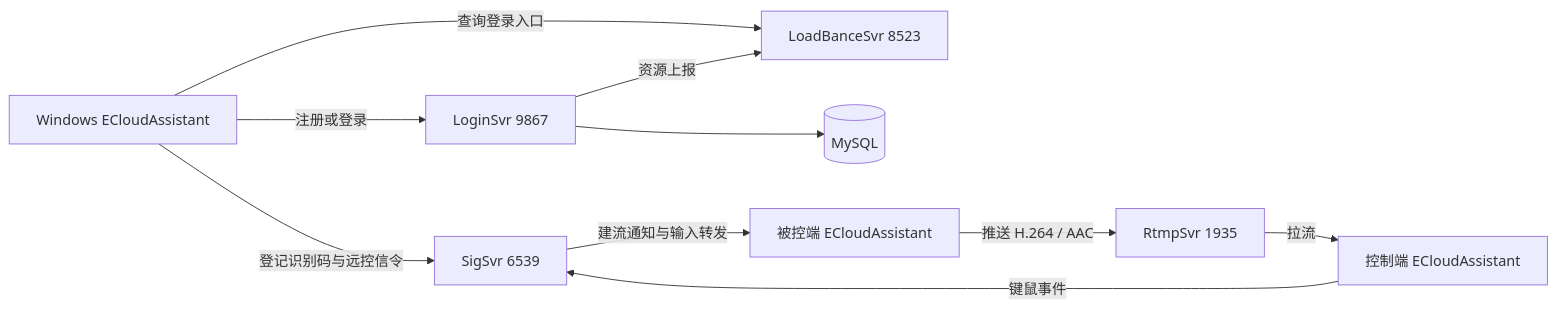
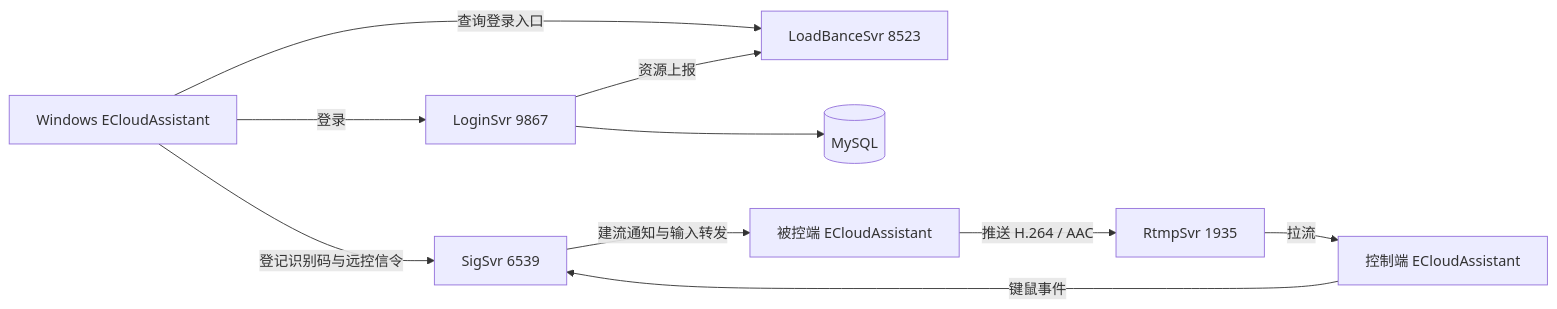
The first of 2 diagrams in docs/项目学习规划.md (slimesq/ENET), drawn with Mermaid before and after one commit. The commit also changed other lines of this file, not shown here.

````diff
--- a/docs/项目学习规划.md
+++ b/docs/项目学习规划.md
@@ -50,12 +123,12 @@
 ```mermaid
 flowchart LR
     C[Windows ECloudAssistant] -->|查询登录入口| L[LoadBanceSvr 8523]
     G[LoginSvr 9867] -->|资源上报| L
-    C -->|注册或登录| G
+    C -->|登录| G
     G --> D[(MySQL)]
     C -->|登记识别码与远控信令| S[SigSvr 6539]
     B[被控端 ECloudAssistant] -->|推送 H.264 / AAC| R[RtmpSvr 1935]
     R -->|拉流| A[控制端 ECloudAssistant]
     A -->|键鼠事件| S
     S -->|建流通知与输入转发| B
 ```
````
